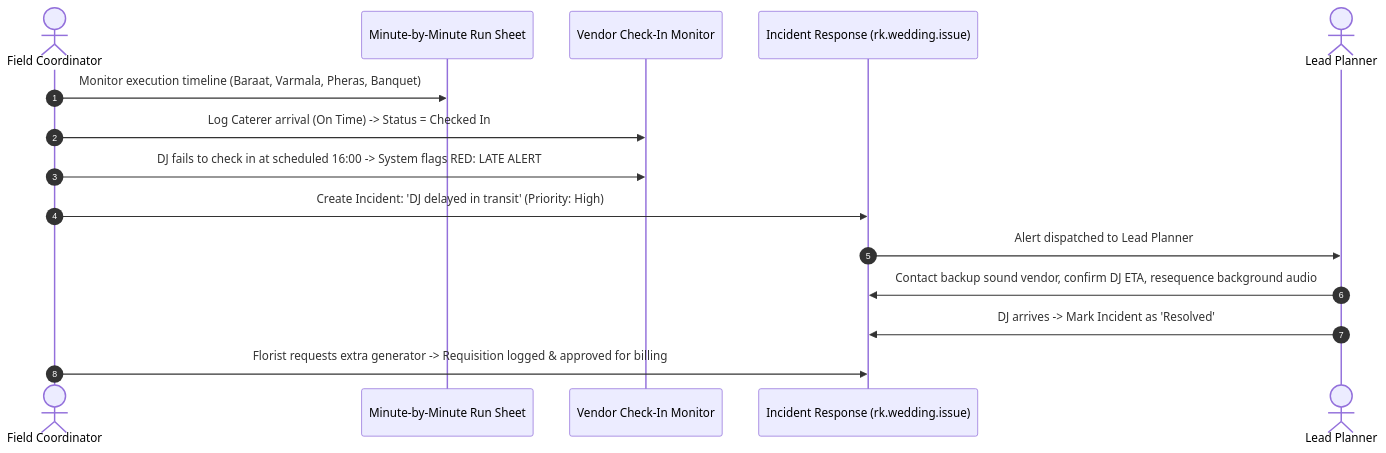
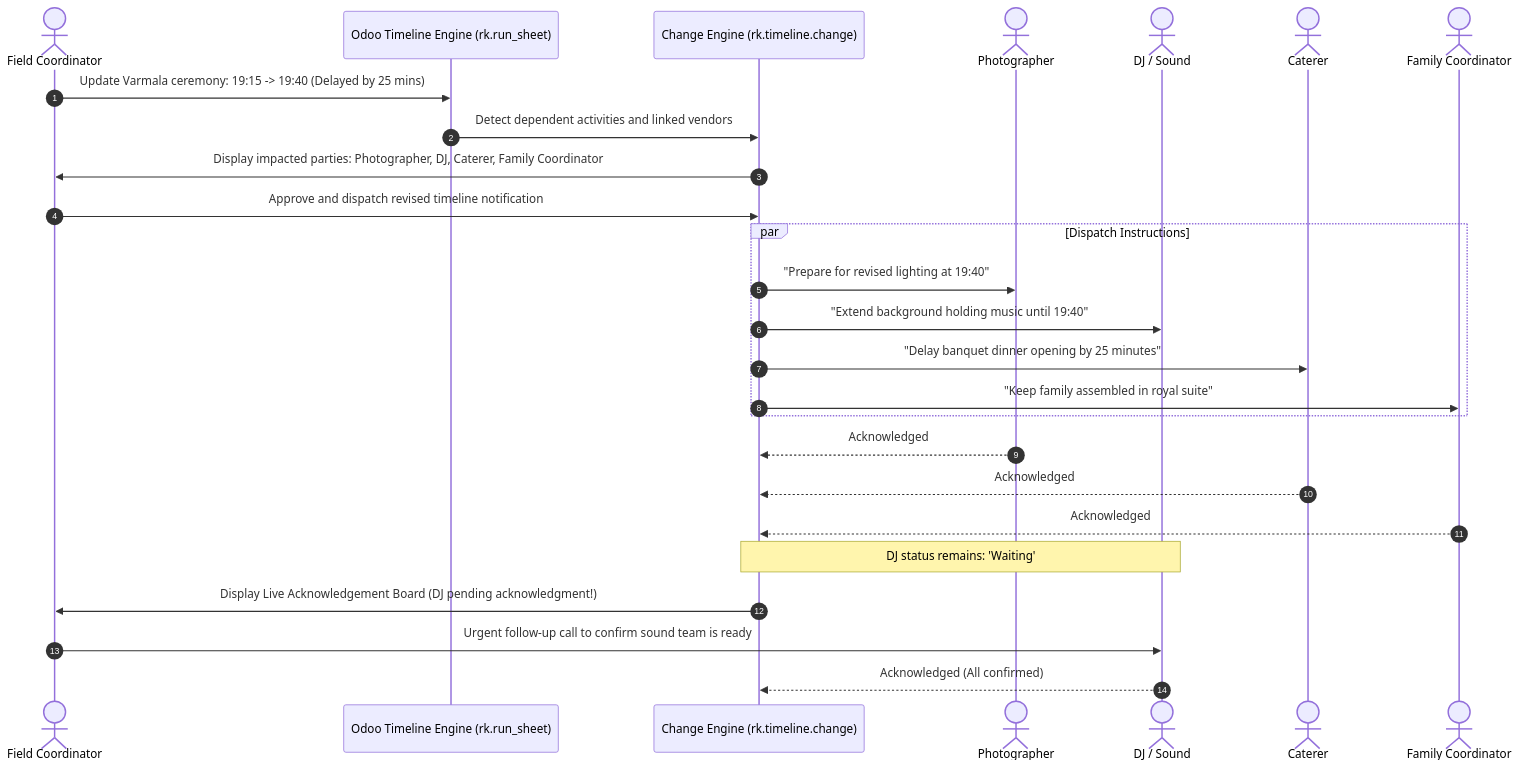
One commit to pavankarthikeyaatchyuta-lab/ODOO_Finals changed the fourth of 6 diagrams in README.md. Above: the diagram before and after it, drawn with Mermaid. The commit also changed other lines of this file, not shown here.

Commit message:
docs: integrate 8 core modules, timeline change & vendor acknowledgement differentiator, and updated architectures

````diff
--- a/README.md
+++ b/README.md
@@ -201,18 +210,32 @@
 ```mermaid
 sequenceDiagram
     autonumber
     actor Coordinator as Field Coordinator
-    participant RunSheet as Minute-by-Minute Run Sheet
-    participant Arrival as Vendor Check-In Monitor
-    participant IssueLog as Incident Response (rk.wedding.issue)
-    actor Planner as Lead Planner
+    participant System as Odoo Timeline Engine (rk.run_sheet)
+    participant ChangeEngine as Change Engine (rk.timeline.change)
+    actor Photographer as Photographer
+    actor DJ as DJ / Sound
+    actor Caterer as Caterer
+    actor FamilyCoord as Family Coordinator
 
-    Coordinator->>RunSheet: Monitor execution timeline (Baraat, Varmala, Pheras, Banquet)
-    Coordinator->>Arrival: Log Caterer arrival (On Time) -> Status = Checked In
-    Coordinator->>Arrival: DJ fails to check in at scheduled 16:00 -> System flags RED: LATE ALERT
-    Coordinator->>IssueLog: Create Incident: 'DJ delayed in transit' (Priority: High)
-    IssueLog->>Planner: Alert dispatched to Lead Planner
-    Planner->>IssueLog: Contact backup sound vendor, confirm DJ ETA, resequence background audio
-    Planner->>IssueLog: DJ arrives -> Mark Incident as 'Resolved'
-    Coordinator->>IssueLog: Florist requests extra generator -> Requisition logged & approved for billing
+    Coordinator->>System: Update Varmala ceremony: 19:15 -> 19:40 (Delayed by 25 mins)
+    System->>ChangeEngine: Detect dependent activities and linked vendors
+    ChangeEngine->>Coordinator: Display impacted parties: Photographer, DJ, Caterer, Family Coordinator
+    Coordinator->>ChangeEngine: Approve and dispatch revised timeline notification
+    
+    par Dispatch Instructions
+        ChangeEngine->>Photographer: "Prepare for revised lighting at 19:40"
+        ChangeEngine->>DJ: "Extend background holding music until 19:40"
+        ChangeEngine->>Caterer: "Delay banquet dinner opening by 25 minutes"
+        ChangeEngine->>FamilyCoord: "Keep family assembled in royal suite"
+    end
+
+    Photographer-->>ChangeEngine: Acknowledged
+    Caterer-->>ChangeEngine: Acknowledged
+    FamilyCoord-->>ChangeEngine: Acknowledged
+    Note over DJ,ChangeEngine: DJ status remains: 'Waiting'
+
+    ChangeEngine->>Coordinator: Display Live Acknowledgement Board (DJ pending acknowledgment!)
+    Coordinator->>DJ: Urgent follow-up call to confirm sound team is ready
+    DJ-->>ChangeEngine: Acknowledged (All confirmed)
 ```
````
